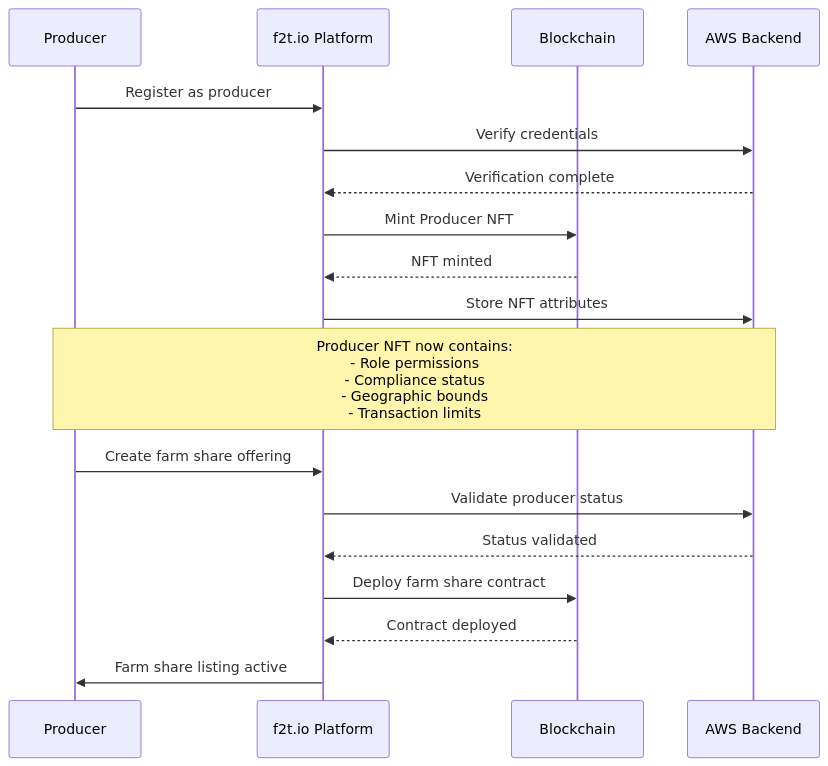
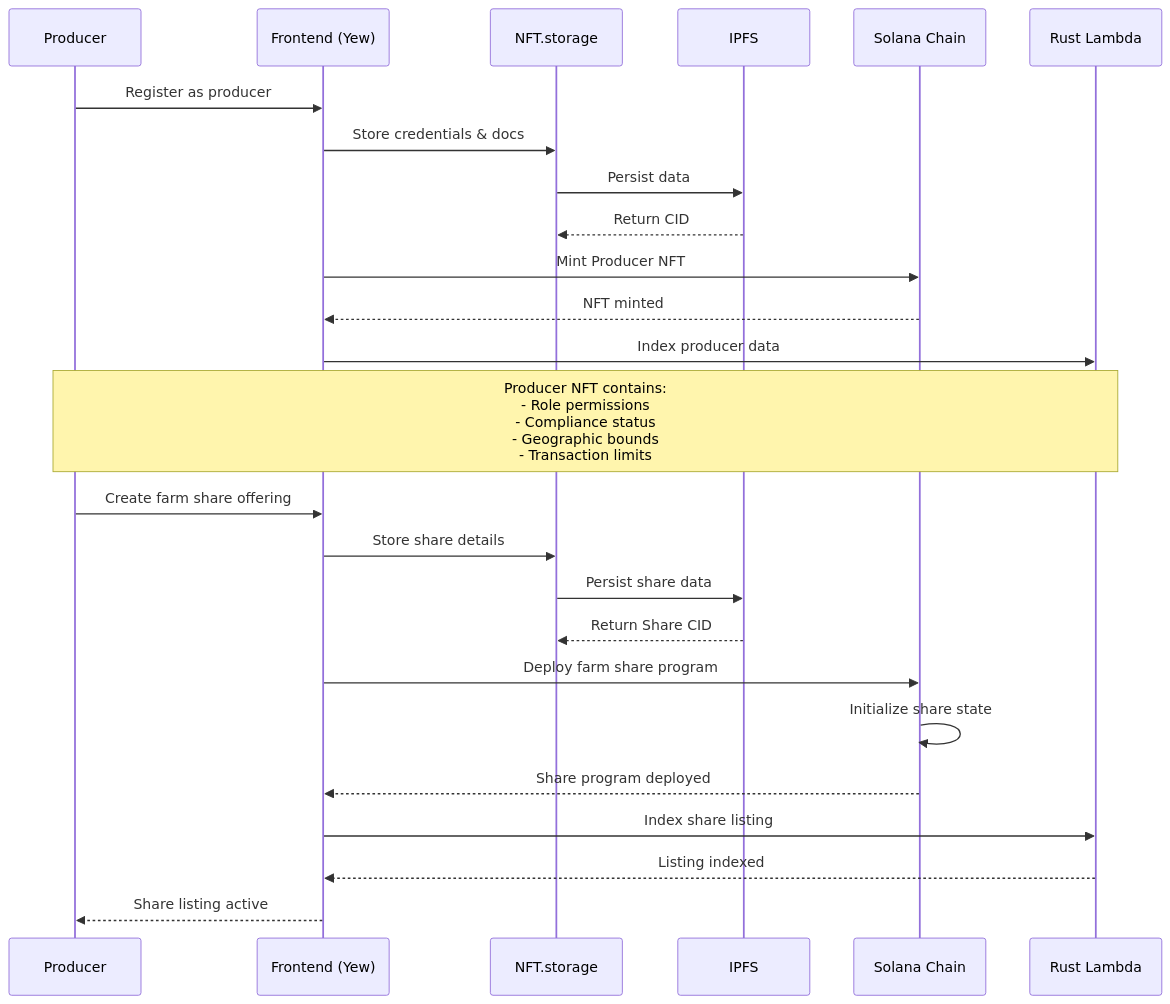
Before and after one commit to DegenVets/f2t: the diagram in docs/mermaid/producer.mmd, drawn with Mermaid. The commit also changed 5 other files, not shown here.

```diff
--- a/docs/mermaid/producer.mmd
+++ b/docs/mermaid/producer.mmd
@@ -1,21 +1,28 @@
 sequenceDiagram
     participant P as Producer
-    participant F as f2t.io Platform
-    participant B as Blockchain
-    participant AWS as AWS Backend
-
+    participant F as Frontend (Yew)
+    participant S as NFT.storage
+    participant I as IPFS
+    participant B as Solana Chain
+    participant L as Rust Lambda
+    
     P->>F: Register as producer
-    F->>AWS: Verify credentials
-    AWS-->>F: Verification complete
+    F->>S: Store credentials & docs
+    S->>I: Persist data
+    I-->>S: Return CID
     F->>B: Mint Producer NFT
     B-->>F: NFT minted
-    F->>AWS: Store NFT attributes
+    F->>L: Index producer data
     
-    Note over P,AWS: Producer NFT now contains:<br/>- Role permissions<br/>- Compliance status<br/>- Geographic bounds<br/>- Transaction limits
+    Note over P,L: Producer NFT contains:<br/>- Role permissions<br/>- Compliance status<br/>- Geographic bounds<br/>- Transaction limits
     
     P->>F: Create farm share offering
-    F->>AWS: Validate producer status
-    AWS-->>F: Status validated
-    F->>B: Deploy farm share contract
-    B-->>F: Contract deployed
-    F->>P: Farm share listing active
+    F->>S: Store share details
+    S->>I: Persist share data
+    I-->>S: Return Share CID
+    F->>B: Deploy farm share program
+    B->>B: Initialize share state
+    B-->>F: Share program deployed
+    F->>L: Index share listing
+    L-->>F: Listing indexed
+    F-->>P: Share listing active
```
